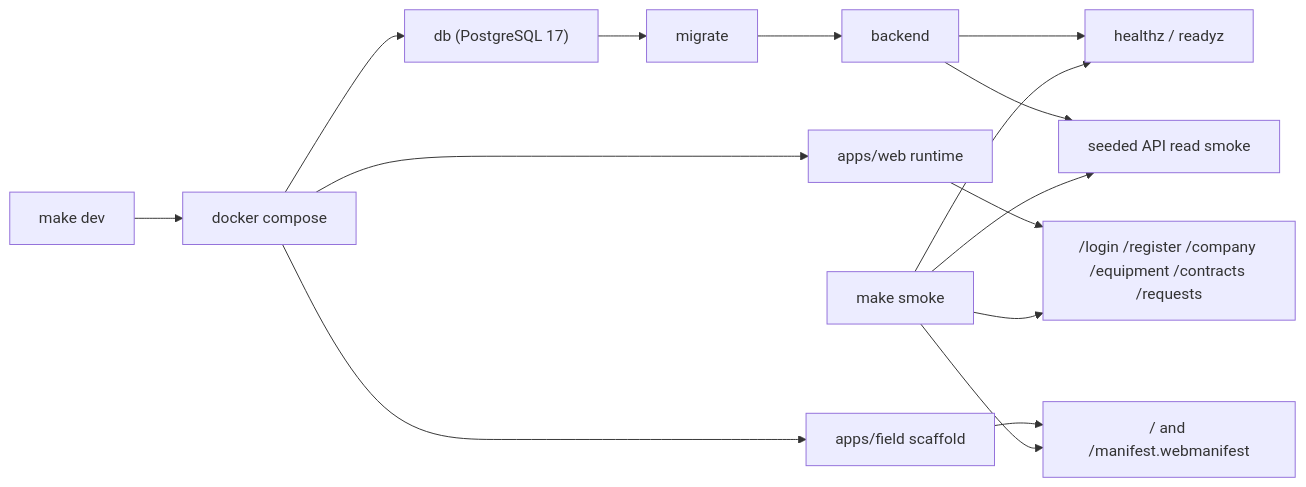
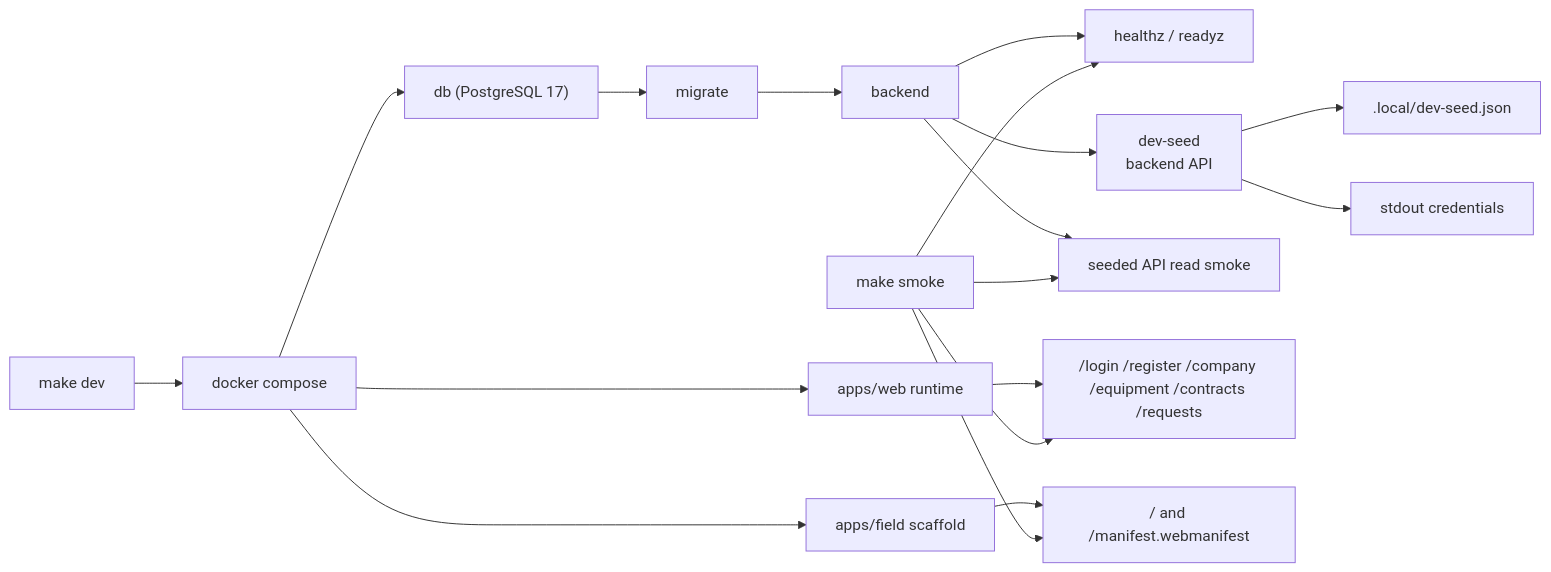
The diagram in docs/architecture/platform-runtime-baseline.md (vrk-app/vrk), drawn with Mermaid before and after one commit. The commit also changed other lines of this file and 27 other files, not shown here.

Commit message:
feat(app): add local dev seed flow

````diff
--- a/docs/architecture/platform-runtime-baseline.md
+++ b/docs/architecture/platform-runtime-baseline.md
@@ -37,17 +40,20 @@
 ```mermaid
 flowchart LR
     A["make dev"] --> B["docker compose"]
     B --> C["db (PostgreSQL 17)"]
     C --> D["migrate"]
     D --> E["backend"]
     E --> F["healthz / readyz"]
-    E --> G["seeded API read smoke"]
-    B --> H["apps/web runtime"]
-    B --> I["apps/field scaffold"]
-    H --> J["/login /register /company /equipment /contracts /requests"]
-    I --> K["/ and /manifest.webmanifest"]
-    L["make smoke"] --> F
-    L --> G
-    L --> J
-    L --> K
+    E --> G["dev-seed<br/>backend API"]
+    G --> H[".local/dev-seed.json"]
+    E --> I["seeded API read smoke"]
+    B --> J["apps/web runtime"]
+    B --> K["apps/field scaffold"]
+    G --> O["stdout credentials"]
+    J --> M["/login /register /company /equipment /contracts /requests"]
+    K --> N["/ and /manifest.webmanifest"]
+    S["make smoke"] --> F
+    S --> I
+    S --> M
+    S --> N
 ```
````
